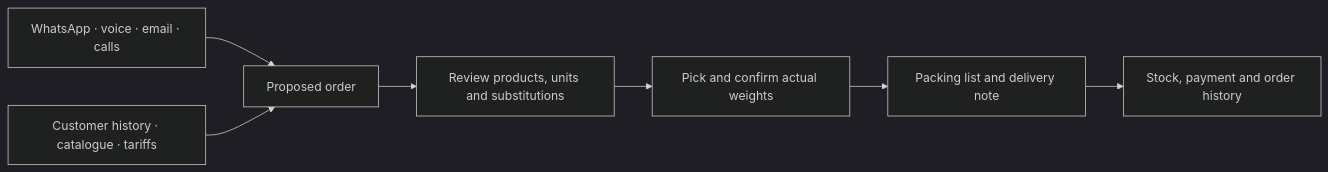
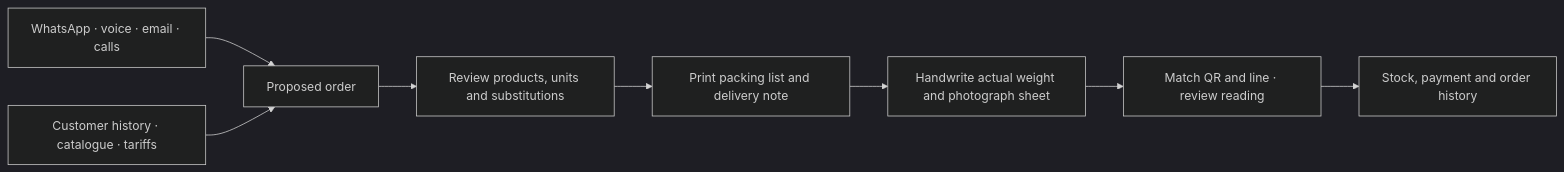
Before and after one commit to latintzar/ai-native-erp: the diagram in docs/product.md, drawn with Mermaid (dark theme). The commit also changed other lines of this file and 1 other file, not shown here.

Commit message:
Explain order and paper workflow

```diff
--- a/docs/product.md
+++ b/docs/product.md
@@ -11,9 +19,10 @@
 ~~~mermaid
 flowchart LR
   A["WhatsApp · voice · email · calls"] --> B["Proposed order"]
   H["Customer history · catalogue · tariffs"] --> B
   B --> C["Review products, units and substitutions"]
-  C --> D["Pick and confirm actual weights"]
-  D --> E["Packing list and delivery note"]
-  E --> F["Stock, payment and order history"]
+  C --> D["Print packing list and delivery note"]
+  D --> E["Handwrite actual weight and photograph sheet"]
+  E --> F["Match QR and line · review reading"]
+  F --> G["Stock, payment and order history"]
 ~~~
```
